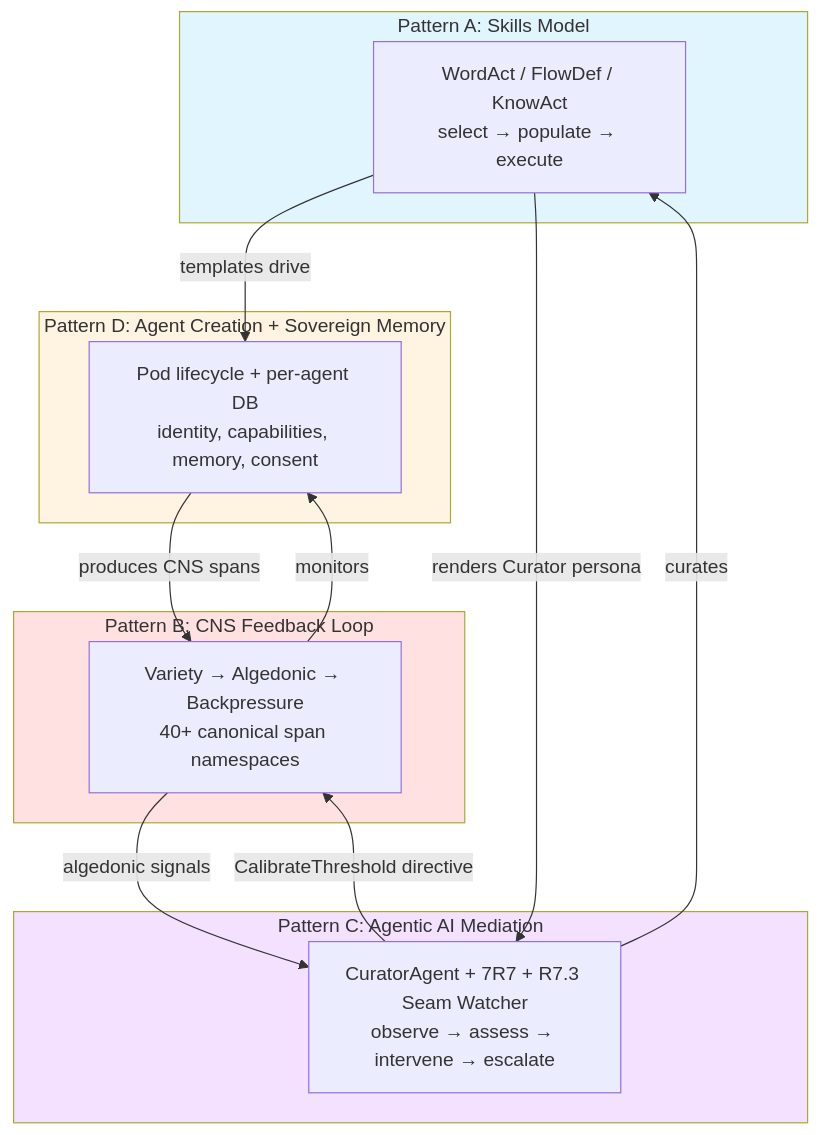
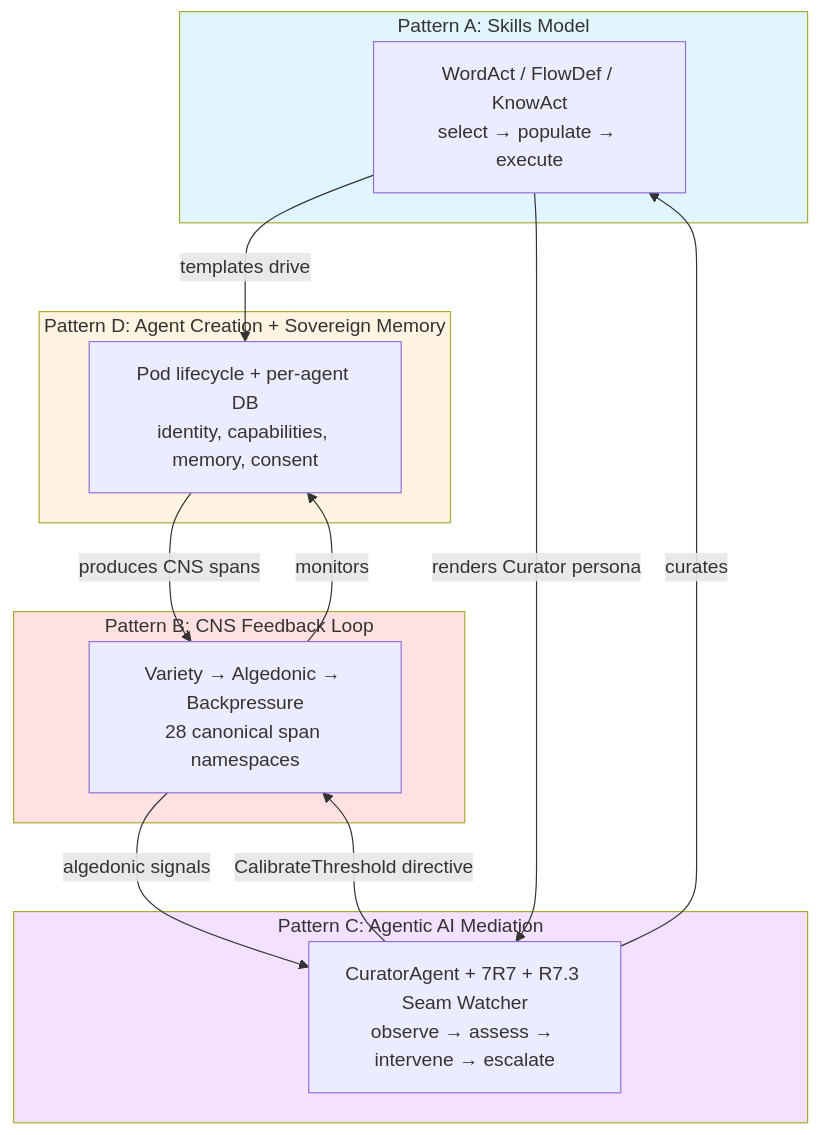
One commit to mdz-axo/hKask changed the first of 8 diagrams in docs/architecture/hKask-architecture-master.md. Above: the diagram before and after it, drawn with Mermaid. The commit also changed other lines of this file and 13 other files, not shown here.

````diff
--- a/docs/architecture/hKask-architecture-master.md
+++ b/docs/architecture/hKask-architecture-master.md
@@ -143,31 +143,31 @@
 ```mermaid
 graph TD
     subgraph Skills["Pattern A: Skills Model"]
         SK["WordAct / FlowDef / KnowAct<br/>select → populate → execute"]
     end
 
     subgraph CNS["Pattern B: CNS Feedback Loop"]
-        CN["Variety → Algedonic → Backpressure\n40+ canonical span namespaces"]
+        CN["Variety → Algedonic → Backpressure\n28 canonical span namespaces"]
     end
 
     subgraph Curator["Pattern C: Agentic AI Mediation"]
         CU["CuratorAgent + 7R7 + R7.3 Seam Watcher<br/>observe → assess → intervene → escalate"]
     end
 
     subgraph Agents["Pattern D: Agent Creation + Sovereign Memory"]
         AG["Pod lifecycle + per-agent DB<br/>identity, capabilities, memory, consent"]
     end
 
     SK -->|"templates drive"| AG
     CN -->|"monitors"| AG
     CN -->|"algedonic signals"| CU
     CU -->|"CalibrateThreshold directive"| CN
     CU -->|"curates"| SK
     AG -->|"produces CNS spans"| CN
     SK -->|"renders Curator persona"| CU
 
     style Skills fill:#e1f5ff
     style CNS fill:#ffe1e1
     style Curator fill:#f3e1ff
     style Agents fill:#fff3e1
 ```
````
